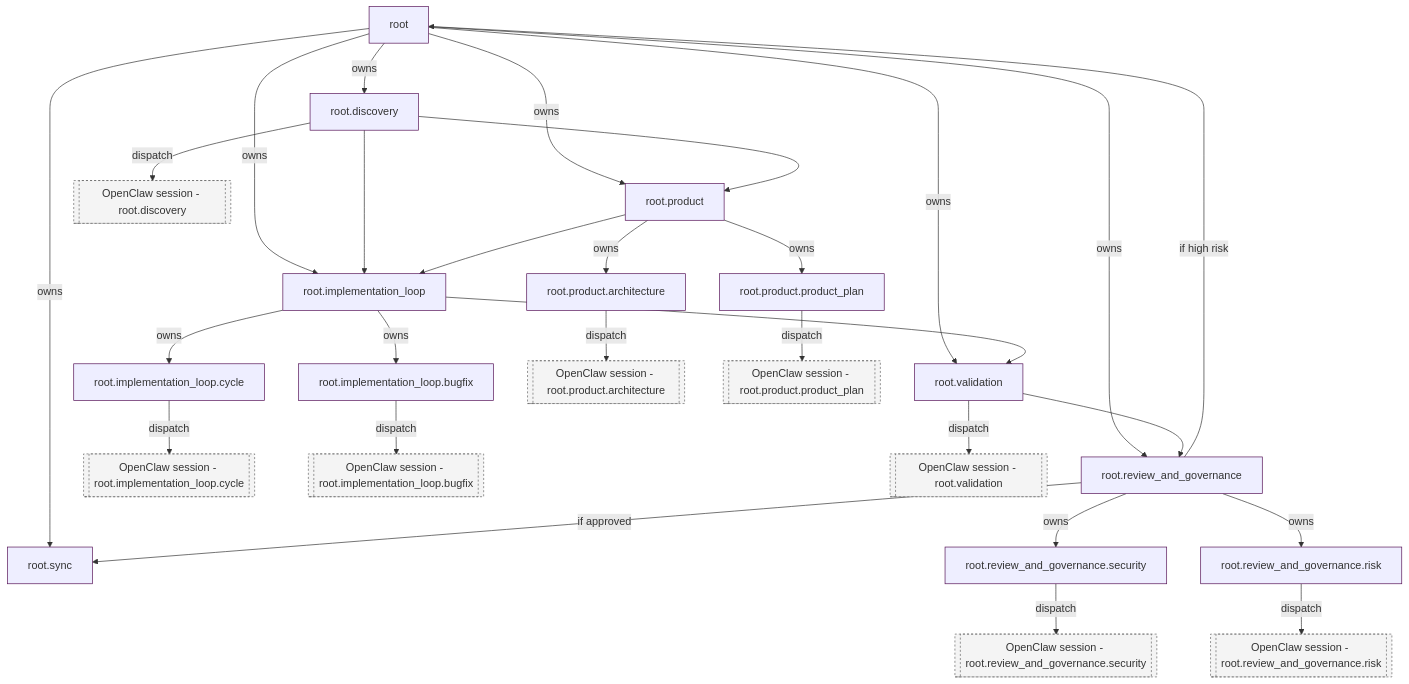
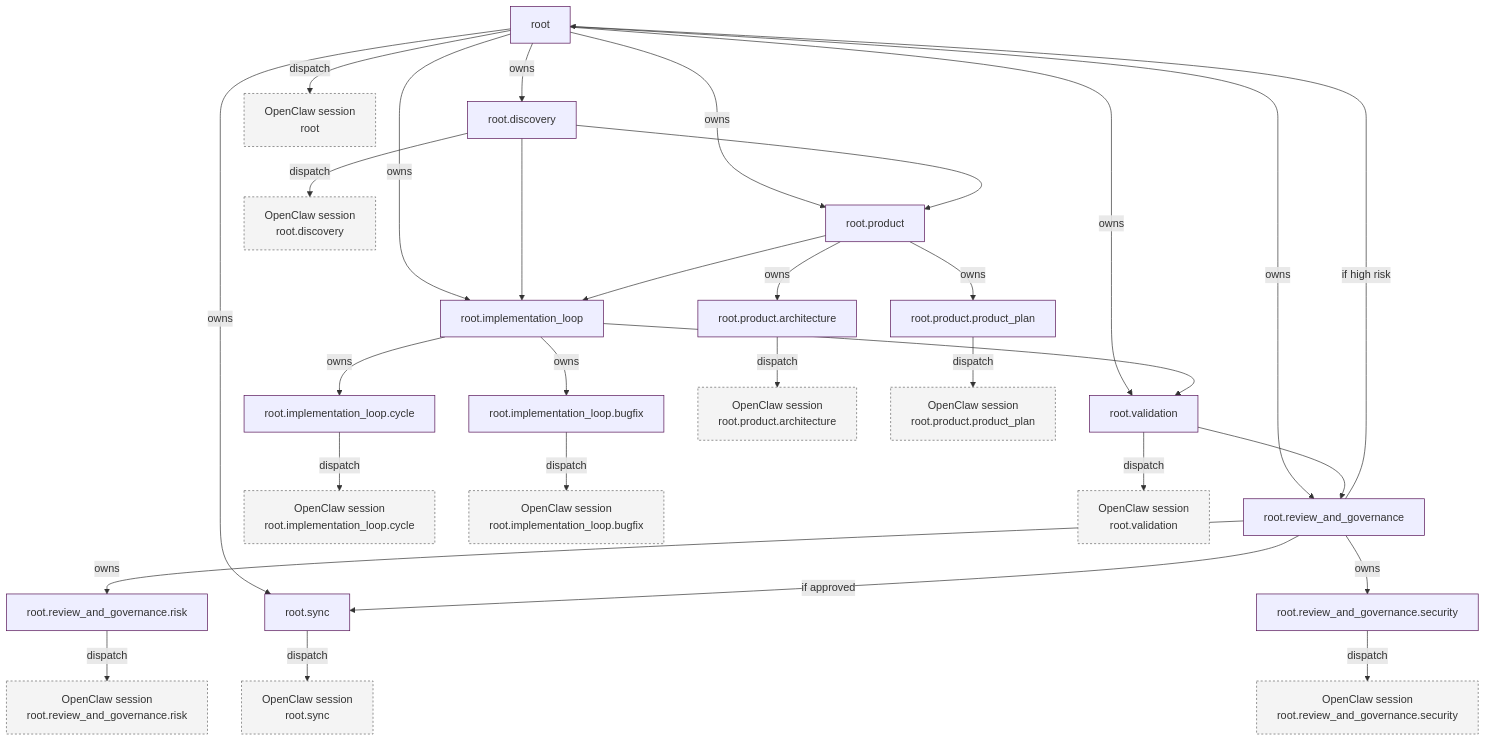
The diagram in docs/flows/06b-max-complexity-workflow-full.md (ringlochid/AutoClaw), drawn with Mermaid before and after one commit. The commit also changed other lines of this file and 23 other files, not shown here.

First line of the commit message:
Refactor architecture and documentation for improved clarity and structure

````diff
--- a/docs/flows/06b-max-complexity-workflow-full.md
+++ b/docs/flows/06b-max-complexity-workflow-full.md
@@ -20,42 +21,39 @@
 ```mermaid
 flowchart TD
-  %% Ownership tree edges
   ROOT[root] -->|owns| DISC[root.discovery]
   ROOT -->|owns| PROD[root.product]
   ROOT -->|owns| IMPL[root.implementation_loop]
   ROOT -->|owns| VAL[root.validation]
   ROOT -->|owns| SYNC[root.sync]
   PROD -->|owns| ARCH[root.product.architecture]
   PROD -->|owns| PMAT[root.product.product_plan]
   IMPL -->|owns| CYCLE[root.implementation_loop.cycle]
   IMPL -->|owns| BUGFIX[root.implementation_loop.bugfix]
   ROOT -->|owns| REV[root.review_and_governance]
   REV -->|owns| SEC[root.review_and_governance.security]
   REV -->|owns| RISK[root.review_and_governance.risk]
 
-  %% Constraint edges (cross-branch flow)
   DISC --> PROD
   DISC --> IMPL
   PROD --> IMPL
   IMPL --> VAL
   VAL --> REV
   REV -->|if approved| SYNC
   REV -->|if high risk| ROOT
 
-  %% Leaf dispatch boundaries (OpenClaw execution)
-  DISC -->|dispatch| O_DISC[[OpenClaw session - root.discovery]]
-  ARCH -->|dispatch| O_ARCH[[OpenClaw session - root.product.architecture]]
-  PMAT -->|dispatch| O_PMAT[[OpenClaw session - root.product.product_plan]]
-  CYCLE -->|dispatch| O_CYCLE[[OpenClaw session - root.implementation_loop.cycle]]
-  BUGFIX -->|dispatch| O_BUGFIX[[OpenClaw session - root.implementation_loop.bugfix]]
-  VAL -->|dispatch| O_VAL[[OpenClaw session - root.validation]]
-  SEC -->|dispatch| O_SEC[[OpenClaw session - root.review_and_governance.security]]
-  RISK -->|dispatch| O_RISK[[OpenClaw session - root.review_and_governance.risk]]
+  ROOT -->|dispatch| O_ROOT["OpenClaw session<br/>root"]
+  DISC -->|dispatch| O_DISC["OpenClaw session<br/>root.discovery"]
+  ARCH -->|dispatch| O_ARCH["OpenClaw session<br/>root.product.architecture"]
+  PMAT -->|dispatch| O_PMAT["OpenClaw session<br/>root.product.product_plan"]
+  CYCLE -->|dispatch| O_CYCLE["OpenClaw session<br/>root.implementation_loop.cycle"]
+  BUGFIX -->|dispatch| O_BUGFIX["OpenClaw session<br/>root.implementation_loop.bugfix"]
+  VAL -->|dispatch| O_VAL["OpenClaw session<br/>root.validation"]
+  SYNC -->|dispatch| O_SYNC["OpenClaw session<br/>root.sync"]
+  SEC -->|dispatch| O_SEC["OpenClaw session<br/>root.review_and_governance.security"]
+  RISK -->|dispatch| O_RISK["OpenClaw session<br/>root.review_and_governance.risk"]
 
   classDef owner fill:#eef,stroke:#515,stroke-width:1px
-  classDef leaf fill:#efe,stroke:#151,stroke-width:1px
-  classDef ocl fill:#f4f4f4,stroke:#666,stroke-dasharray: 3 3
-
+  classDef ocl fill:#f4f4f4,stroke:#666,stroke-dasharray:3 3
   class ROOT,PROD,IMPL,ARCH,PMAT,CYCLE,BUGFIX,REV,SEC,RISK,VAL,SYNC,DISC owner
-  class O_DISC,O_ARCH,O_PMAT,O_CYCLE,O_BUGFIX,O_VAL,O_SEC,O_RISK ocl
+  class O_ROOT,O_DISC,O_ARCH,O_PMAT,O_CYCLE,O_BUGFIX,O_VAL,O_SYNC,O_SEC,O_RISK ocl
 ```
````
